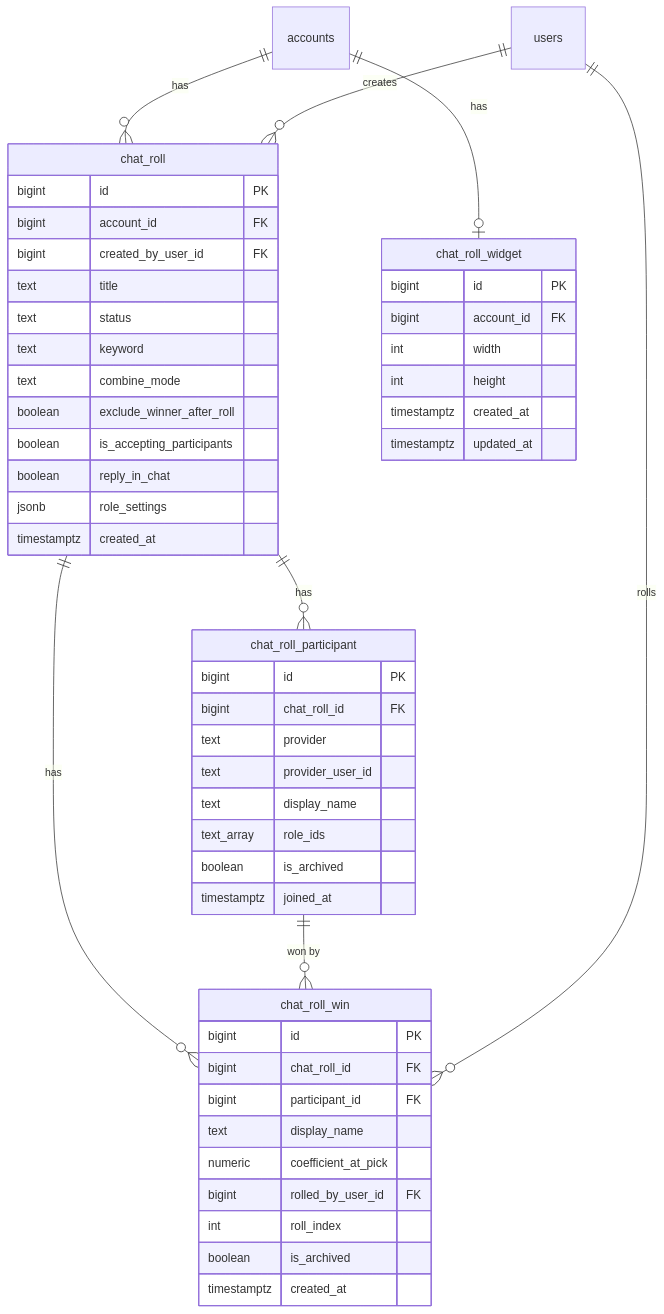
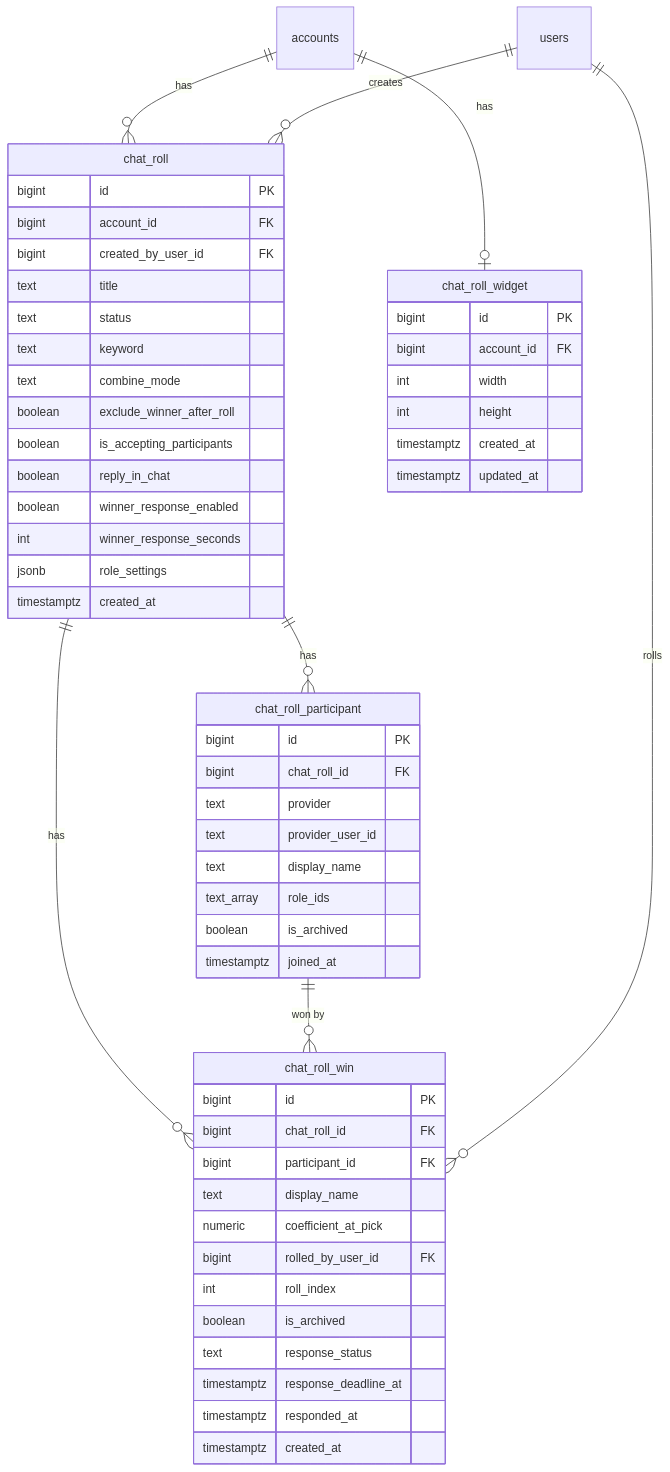
Before and after one commit to tflonbusiness/streamhelper: the diagram in _bmad-output/specs/spec-chat-roll/database-schema.md, drawn with Mermaid. The commit also changed other lines of this file and 25 other files, not shown here.

````diff
--- a/_bmad-output/specs/spec-chat-roll/database-schema.md
+++ b/_bmad-output/specs/spec-chat-roll/database-schema.md
@@ -7,57 +7,62 @@
 ```mermaid
 erDiagram
   accounts ||--o{ chat_roll : has
   accounts ||--o| chat_roll_widget : has
   users ||--o{ chat_roll : creates
   chat_roll ||--o{ chat_roll_participant : has
   chat_roll ||--o{ chat_roll_win : has
   chat_roll_participant ||--o{ chat_roll_win : "won by"
   users ||--o{ chat_roll_win : rolls
 
   chat_roll {
     bigint id PK
     bigint account_id FK
     bigint created_by_user_id FK
     text title
     text status
     text keyword
     text combine_mode
     boolean exclude_winner_after_roll
     boolean is_accepting_participants
     boolean reply_in_chat
+    boolean winner_response_enabled
+    int winner_response_seconds
     jsonb role_settings
     timestamptz created_at
   }
 
   chat_roll_participant {
     bigint id PK
     bigint chat_roll_id FK
     text provider
     text provider_user_id
     text display_name
     text_array role_ids
     boolean is_archived
     timestamptz joined_at
   }
 
   chat_roll_win {
     bigint id PK
     bigint chat_roll_id FK
     bigint participant_id FK
     text display_name
     numeric coefficient_at_pick
     bigint rolled_by_user_id FK
     int roll_index
     boolean is_archived
+    text response_status
+    timestamptz response_deadline_at
+    timestamptz responded_at
     timestamptz created_at
   }
 
   chat_roll_widget {
     bigint id PK
     bigint account_id FK
     int width
     int height
     timestamptz created_at
     timestamptz updated_at
   }
 ```
````
